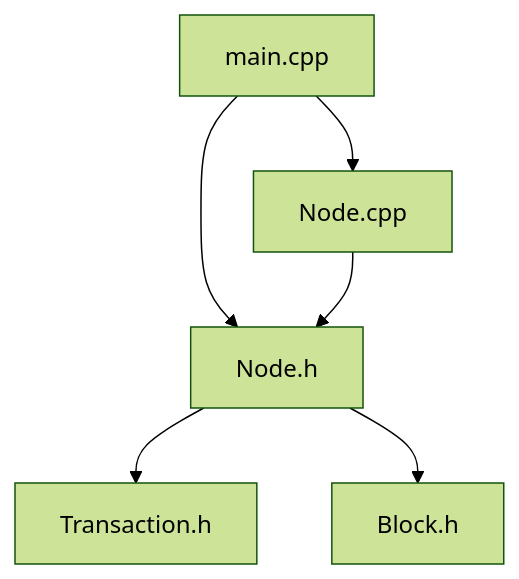
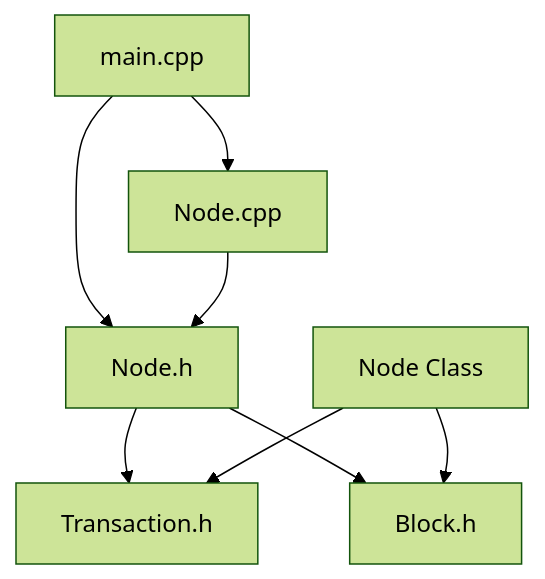
One commit to floor-licker/B-wbsft changed the diagram in README.md. Above: the diagram before and after it, drawn with Mermaid (forest theme). The commit also changed other lines of this file, not shown here.

````diff
--- a/README.md
+++ b/README.md
@@ -12,8 +15,12 @@
 ```mermaid
 graph TD
-    A[main.cpp] --> B[Node.h]
-    A --> C[Node.cpp]
-    B --> D[Transaction.h]
-    B --> E[Block.h]
-    C --> B
+    A["main.cpp"] --> B["Node.h"]
+    A["main.cpp"] --> C["Node.cpp"]
+    B["Node.h"] --> D["Transaction.h"]
+    B["Node.h"] --> E["Block.h"]
+    C["Node.cpp"] --> B["Node.h"]
+    
+    %% Class Relationships
+    F["Node Class"] --> D["Transaction.h"]
+    F["Node Class"] --> E["Block.h"]
 ```
````
